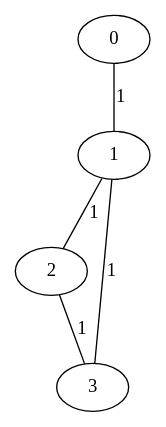
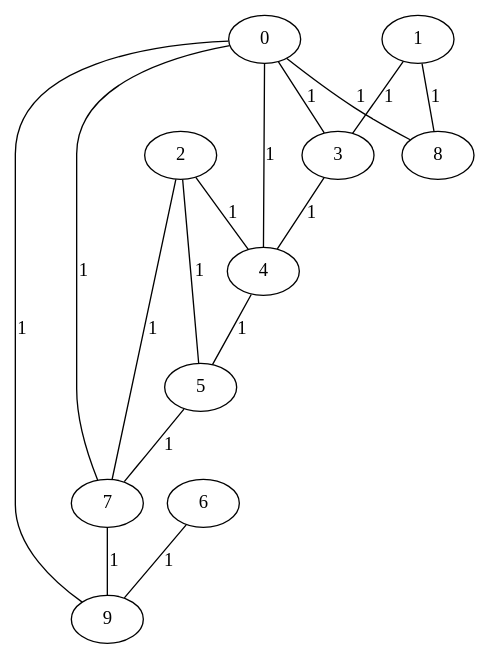
Before and after one commit to Jessica276/cuthill_mc_kee: the diagram in test.dot, drawn with Graphviz. The commit also changed 2 other files, not shown here.

```diff
--- a/test.dot
+++ b/test.dot
@@ -1,6 +1,17 @@
 graph G {
-0 -- 1 [label="1"];
-1 -- 2 [label="1"];
+0 -- 3 [label="1"];
+0 -- 4 [label="1"];
+0 -- 7 [label="1"];
+0 -- 8 [label="1"];
+0 -- 9 [label="1"];
 1 -- 3 [label="1"];
-2 -- 3 [label="1"];
+1 -- 8 [label="1"];
+2 -- 4 [label="1"];
+2 -- 5 [label="1"];
+2 -- 7 [label="1"];
+3 -- 4 [label="1"];
+4 -- 5 [label="1"];
+5 -- 7 [label="1"];
+6 -- 9 [label="1"];
+7 -- 9 [label="1"];
 }
```
